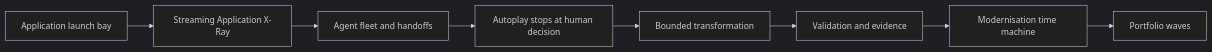
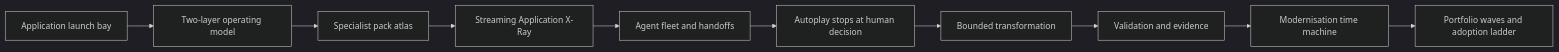
The first of 2 diagrams in docs/ARCHITECTURE.md (ravi0130/CopilotWith-RVAS), drawn with Mermaid (dark theme) before and after one commit. The commit also changed other lines of this file and 5 other files, not shown here.

Commit message:
Expand Mission Control with governed pack atlas

````diff
--- a/docs/ARCHITECTURE.md
+++ b/docs/ARCHITECTURE.md
@@ -7,10 +7,12 @@
 ```mermaid
 flowchart LR
-    M[Application launch bay] --> X[Streaming Application X-Ray]
+    M[Application launch bay] --> G[Two-layer operating model]
+    G --> R[Specialist pack atlas]
+    R --> X[Streaming Application X-Ray]
     X --> A[Agent fleet and handoffs]
     A --> P[Autoplay stops at human decision]
     P --> T[Bounded transformation]
     T --> E[Validation and evidence]
     E --> F[Modernisation time machine]
-    F --> W[Portfolio waves]
+    F --> W[Portfolio waves and adoption ladder]
 ```
````
